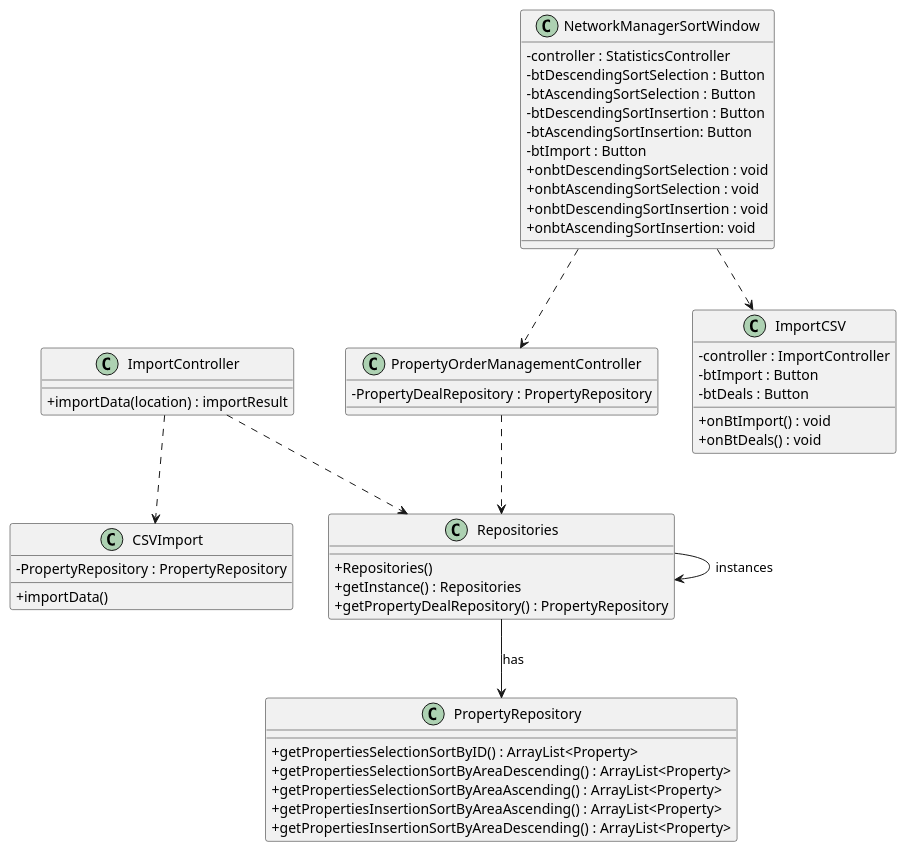
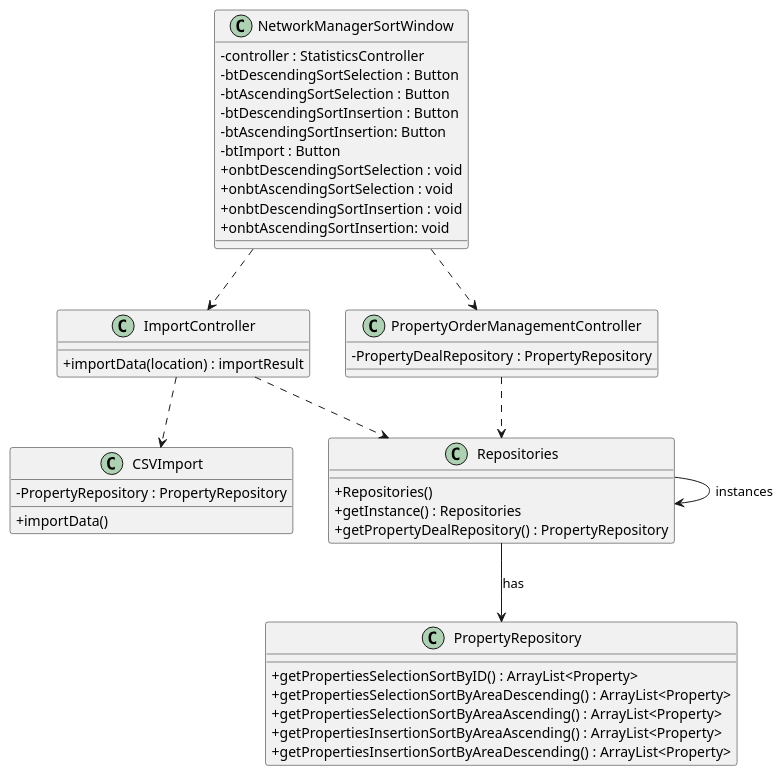
Before and after one commit to Goncalves2525/real-estate-management-system: the diagram in docs/sprintD/us017/03.design/puml/us017-class-diagram.puml, drawn with PlantUML. The commit also changed 9 other files, not shown here.

```diff
--- a/docs/sprintD/us017/03.design/puml/us017-class-diagram.puml
+++ b/docs/sprintD/us017/03.design/puml/us017-class-diagram.puml
@@ -1,73 +1,62 @@
 @startuml
 skinparam packageStyle rectangle
 skinparam shadowing false
 skinparam linetype polyline
 skinparam classAttributeIconSize 0
 
 
 
 class ImportController {
     + importData(location) : importResult
 }
 
 class PropertyOrderManagementController {
     -PropertyDealRepository : PropertyRepository
 
 }
 
 class CSVImport{
     -PropertyRepository : PropertyRepository
     +importData()
 }
 
 
 class Repositories {
     +Repositories()
     +getInstance() : Repositories
     +getPropertyDealRepository() : PropertyRepository
 }
 
 class PropertyRepository{
     +getPropertiesSelectionSortByID() : ArrayList<Property>
     +getPropertiesSelectionSortByAreaDescending() : ArrayList<Property>
     +getPropertiesSelectionSortByAreaAscending() : ArrayList<Property>
     +getPropertiesInsertionSortByAreaAscending() : ArrayList<Property>
     +getPropertiesInsertionSortByAreaDescending() : ArrayList<Property>
 
 }
 
 class NetworkManagerSortWindow{
     -controller : StatisticsController
     -btDescendingSortSelection : Button
     -btAscendingSortSelection : Button
     -btDescendingSortInsertion : Button
     -btAscendingSortInsertion: Button
     -btImport : Button
     +onbtDescendingSortSelection : void
     +onbtAscendingSortSelection : void
     +onbtDescendingSortInsertion : void
     +onbtAscendingSortInsertion: void
 }
 
 
-
-class ImportCSV{
-        -controller : ImportController
-        -btImport : Button
-        -btDeals : Button
-        +onBtImport() : void
-        +onBtDeals() : void
-}
-
-
-NetworkManagerSortWindow ..> ImportCSV
 NetworkManagerSortWindow ..> PropertyOrderManagementController
 PropertyOrderManagementController ..> Repositories
-
+NetworkManagerSortWindow ..> ImportController
 ImportController ..> CSVImport
 ImportController ..> Repositories
 
 Repositories --> Repositories : instances
 Repositories --> PropertyRepository : has
 
 @enduml
```
